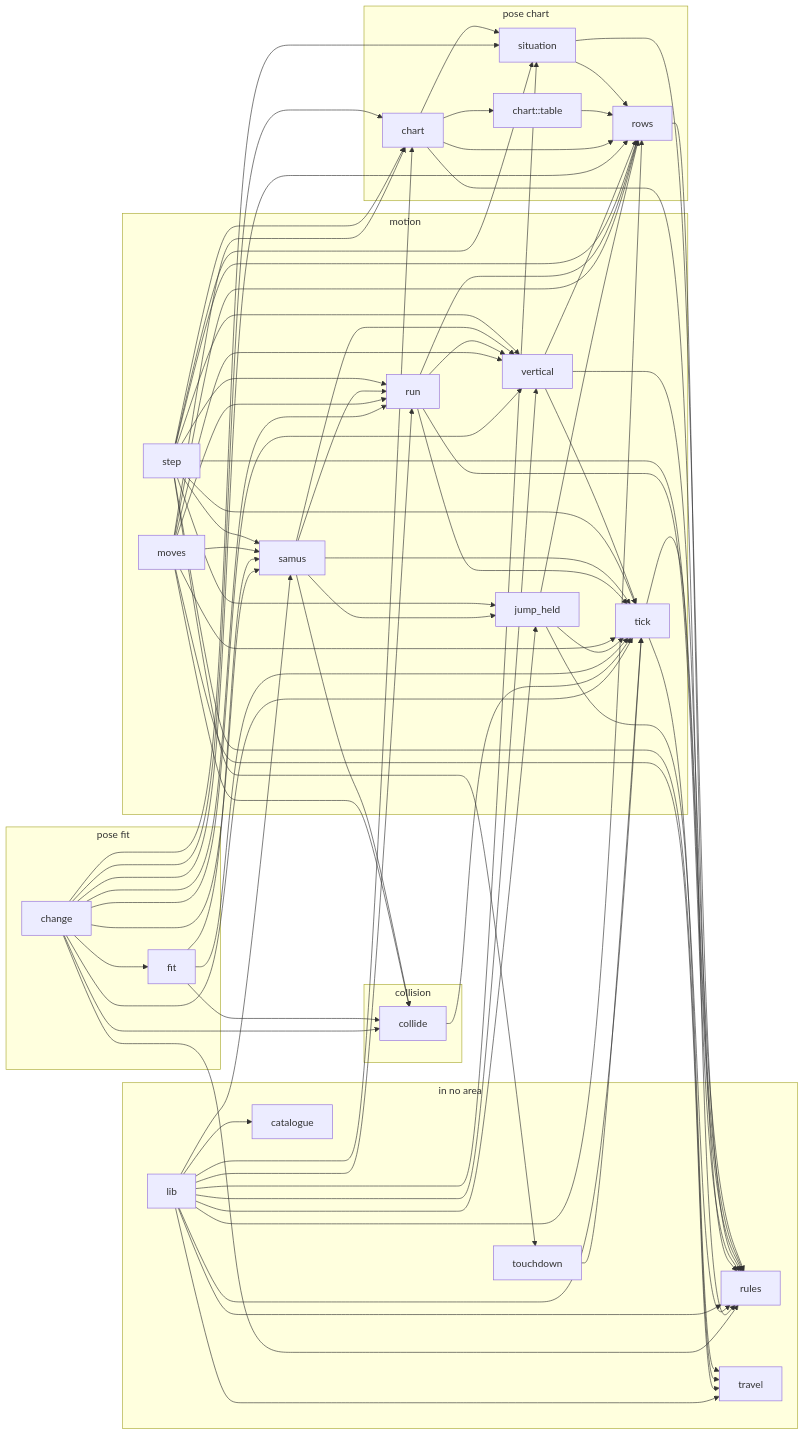
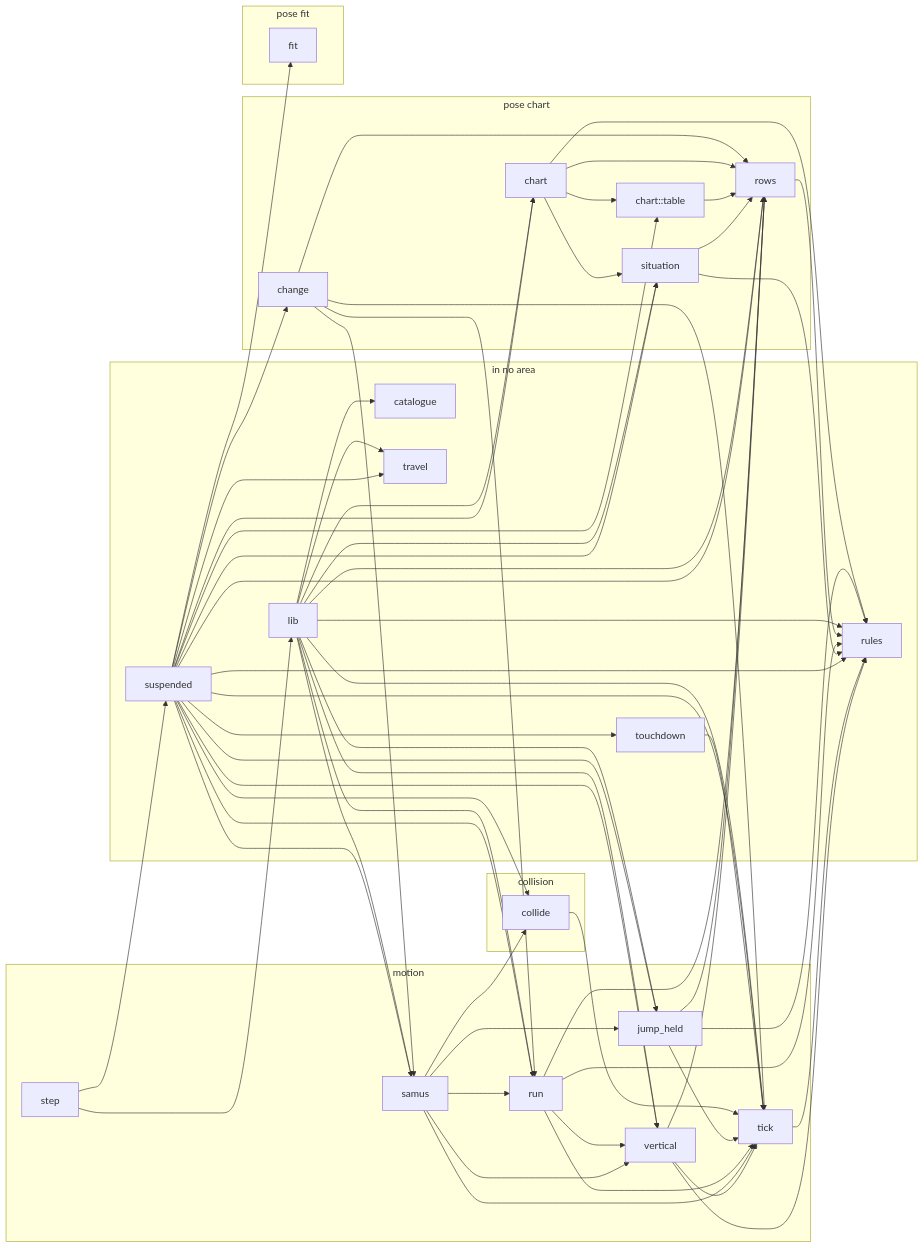
The sixth of 13 diagrams in docs/REPORT.md (JimLundin/sm-decomp), drawn with Mermaid before and after one commit. The commit also changed other lines of this file and 77 other files, not shown here.

```diff
--- a/docs/REPORT.md
+++ b/docs/REPORT.md
@@ -1055,6 +1062,7 @@
     m_catalogue["catalogue"]
     m_lib["lib"]
     m_rules["rules"]
+    m_suspended["suspended"]
     m_touchdown["touchdown"]
     m_travel["travel"]
   end
@@ -1063,7 +1071,6 @@
   end
   subgraph a_motion["motion"]
     m_jump_held["jump_held"]
-    m_moves["moves"]
     m_run["run"]
     m_samus["samus"]
     m_step["step"]
@@ -1071,34 +1078,25 @@
     m_vertical["vertical"]
   end
   subgraph a_pose_chart["pose chart"]
+    m_change["change"]
     m_chart__table["chart::table"]
     m_chart["chart"]
     m_rows["rows"]
     m_situation["situation"]
   end
   subgraph a_pose_fit["pose fit"]
-    m_change["change"]
     m_fit["fit"]
   end
-  m_change --> m_chart
-  m_change --> m_collide
-  m_change --> m_fit
   m_change --> m_rows
-  m_change --> m_rules
   m_change --> m_run
   m_change --> m_samus
-  m_change --> m_situation
   m_change --> m_tick
-  m_change --> m_vertical
   m_chart --> m_chart__table
   m_chart --> m_rows
   m_chart --> m_rules
   m_chart --> m_situation
   m_chart__table --> m_rows
   m_collide --> m_tick
-  m_fit --> m_collide
-  m_fit --> m_samus
-  m_fit --> m_tick
   m_jump_held --> m_rows
   m_jump_held --> m_rules
   m_jump_held --> m_tick
@@ -1113,14 +1111,6 @@
   m_lib --> m_tick
   m_lib --> m_travel
   m_lib --> m_vertical
-  m_moves --> m_chart
-  m_moves --> m_collide
-  m_moves --> m_rows
-  m_moves --> m_run
-  m_moves --> m_samus
-  m_moves --> m_tick
-  m_moves --> m_travel
-  m_moves --> m_vertical
   m_rows --> m_rules
   m_run --> m_rows
   m_run --> m_rules
@@ -1133,19 +1123,24 @@
   m_samus --> m_vertical
   m_situation --> m_rows
   m_situation --> m_rules
-  m_step --> m_chart
-  m_step --> m_jump_held
-  m_step --> m_rows
-  m_step --> m_rules
-  m_step --> m_run
-  m_step --> m_samus
-  m_step --> m_situation
-  m_step --> m_tick
-  m_step --> m_touchdown
-  m_step --> m_travel
-  m_step --> m_vertical
+  m_step --> m_lib
+  m_step --> m_suspended
+  m_suspended --> m_change
+  m_suspended --> m_chart
+  m_suspended --> m_chart__table
+  m_suspended --> m_collide
+  m_suspended --> m_fit
+  m_suspended --> m_jump_held
+  m_suspended --> m_rows
+  m_suspended --> m_rules
+  m_suspended --> m_run
+  m_suspended --> m_samus
+  m_suspended --> m_situation
+  m_suspended --> m_tick
+  m_suspended --> m_touchdown
+  m_suspended --> m_travel
+  m_suspended --> m_vertical
   m_tick --> m_rules
-  m_tick --> m_travel
   m_touchdown --> m_tick
   m_vertical --> m_rows
   m_vertical --> m_rules
```
